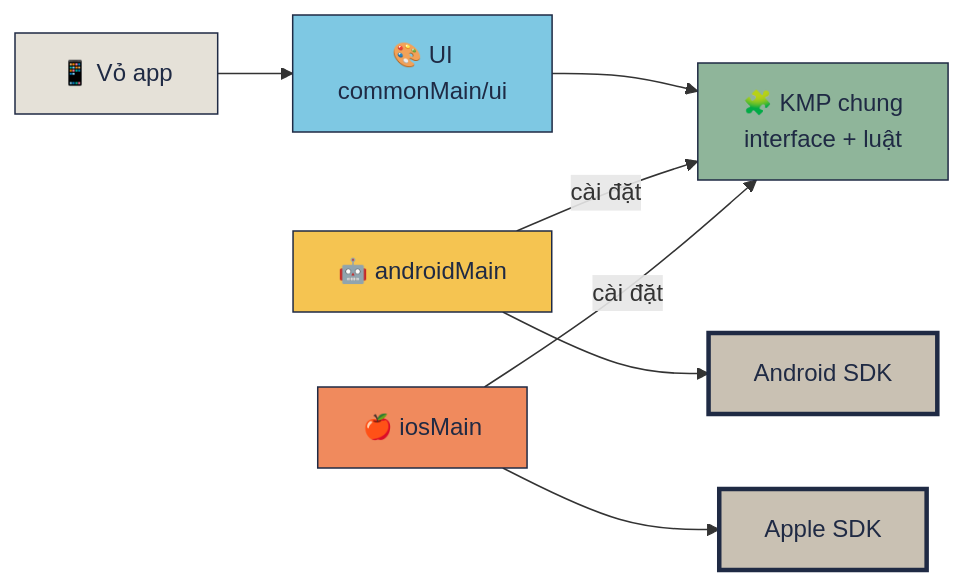
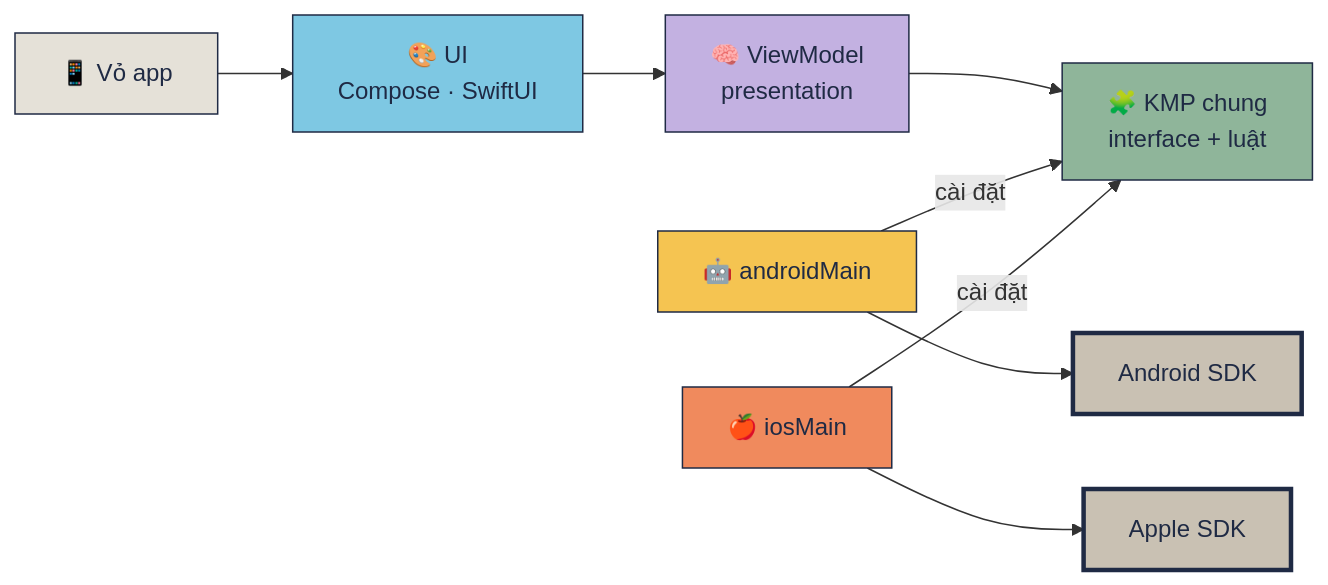
One commit to tucarmd/kotlin-multi-platform changed the diagram in docs/README-KMP-PHASES.md. Above: the diagram before and after it, drawn with Mermaid. The commit also changed other lines of this file and 16 other files, not shown here.

First line of the commit message:
docs(site): R6 — docs follow the native-UI architecture (Jetpack Compose · SwiftUI on shared ViewModels)

````diff
--- a/docs/README-KMP-PHASES.md
+++ b/docs/README-KMP-PHASES.md
@@ -20,21 +23,24 @@
 ```mermaid
 flowchart LR
-    V["📱 Vỏ app"] --> U["🎨 UI<br/>commonMain/ui"]
-    U --> K["🧩 KMP chung<br/>interface + luật"]
+    V["📱 Vỏ app"] --> U["🎨 UI<br/>Compose · SwiftUI"]
+    U --> M["🧠 ViewModel<br/>presentation"]
+    M --> K["🧩 KMP chung<br/>interface + luật"]
     A["🤖 androidMain"] -- "cài đặt" --> K
     I["🍎 iosMain"] -- "cài đặt" --> K
     A --> AS["Android SDK"]
     I --> IS["Apple SDK"]
     classDef shell fill:#e5e1d8,stroke:#1F2A44,color:#1F2A44
     classDef ui fill:#7EC8E3,stroke:#1F2A44,color:#1F2A44
     classDef kmp fill:#8FB59A,stroke:#1F2A44,color:#1F2A44
+    classDef vm fill:#C3B1E1,stroke:#1F2A44,color:#1F2A44
     classDef and fill:#F5C451,stroke:#1F2A44,color:#1F2A44
     classDef ios fill:#F08A5D,stroke:#1F2A44,color:#1F2A44
     classDef sdk fill:#C9C1B3,stroke:#1F2A44,color:#1F2A44,stroke-width:3px
     class V shell
     class U ui
+    class M vm
     class K kmp
     class A and
     class I ios
     class AS,IS sdk
 ```
````
